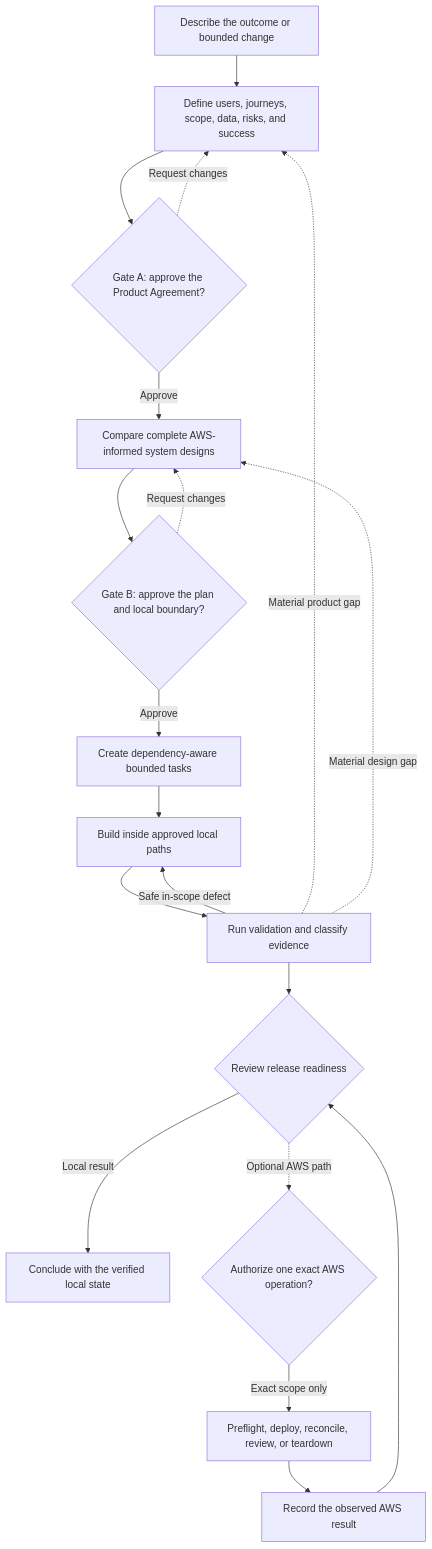
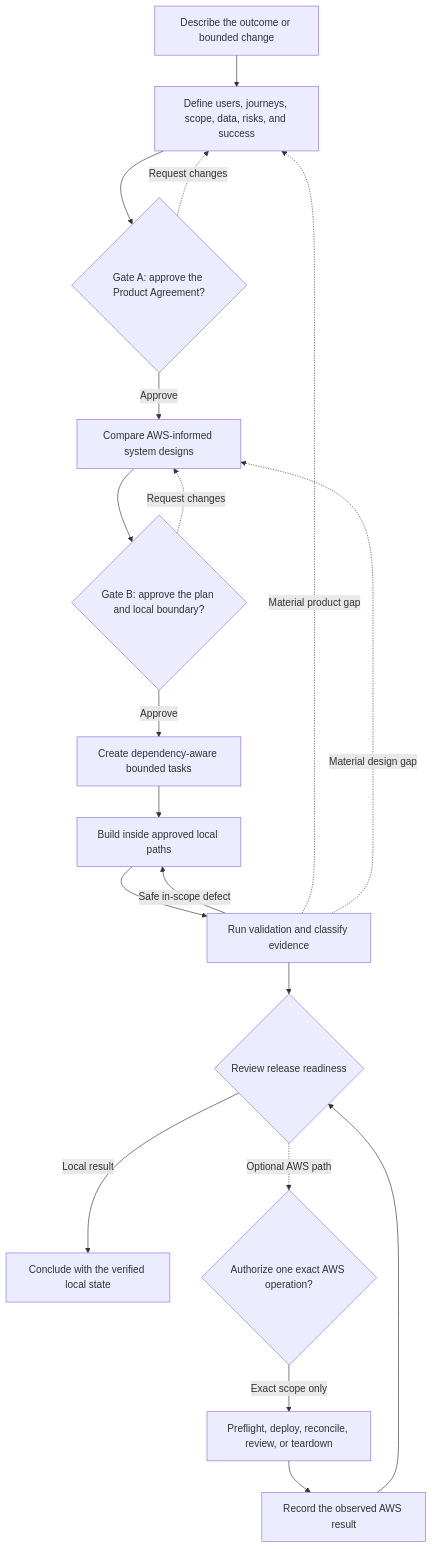
The first of 2 diagrams in docs/WORKFLOW.md (Levi-Breedlove/codex-aws-aidlc), drawn with Mermaid before and after one commit. The commit also changed other lines of this file and 74 other files, not shown here.

````diff
--- a/docs/WORKFLOW.md
+++ b/docs/WORKFLOW.md
@@ -63,36 +62,36 @@
 ```mermaid
 flowchart TB
     accTitle: Fastlane customer delivery lifecycle
     accDescr: The owner approves product and technical boundaries. Fastlane plans, builds, and verifies locally; corrections return to the affected stage, and separately authorized AWS results return to release review.
 
     IDEA["Describe the outcome or bounded change"]
     DEFINE["Define users, journeys, scope, data, risks, and success"]
     GATEA{"Gate A: approve the Product Agreement?"}
-    DESIGN["Compare complete AWS-informed system designs"]
+    DESIGN["Compare AWS-informed system designs"]
     GATEB{"Gate B: approve the plan and local boundary?"}
     TASKS["Create dependency-aware bounded tasks"]
     BUILD["Build inside approved local paths"]
     VERIFY["Run validation and classify evidence"]
     RELEASE{"Review release readiness"}
     LOCAL["Conclude with the verified local state"]
     AWSAUTH{"Authorize one exact AWS operation?"}
     AWSOPS["Preflight, deploy, reconcile, review, or teardown"]
     AWSRESULT["Record the observed AWS result"]
 
     IDEA --> DEFINE --> GATEA
     GATEA -->|"Approve"| DESIGN
     GATEA -. "Request changes" .-> DEFINE
 
     DESIGN --> GATEB
     GATEB -->|"Approve"| TASKS
     GATEB -. "Request changes" .-> DESIGN
 
     TASKS --> BUILD --> VERIFY --> RELEASE
     VERIFY -->|"Safe in-scope defect"| BUILD
     VERIFY -. "Material product gap" .-> DEFINE
     VERIFY -. "Material design gap" .-> DESIGN
 
     RELEASE -->|"Local result"| LOCAL
     RELEASE -. "Optional AWS path" .-> AWSAUTH
     AWSAUTH -->|"Exact scope only"| AWSOPS --> AWSRESULT --> RELEASE
 ```
````
